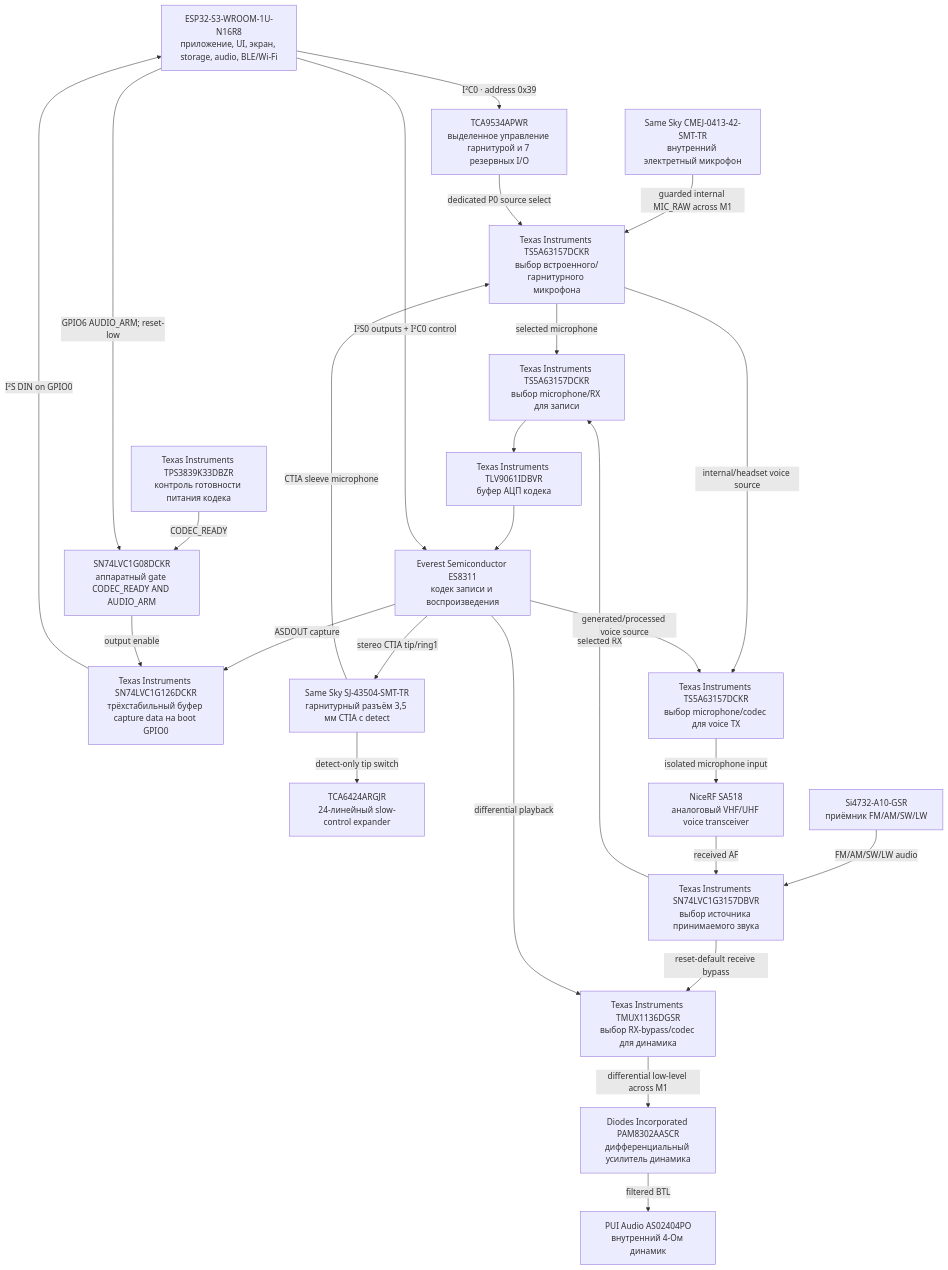
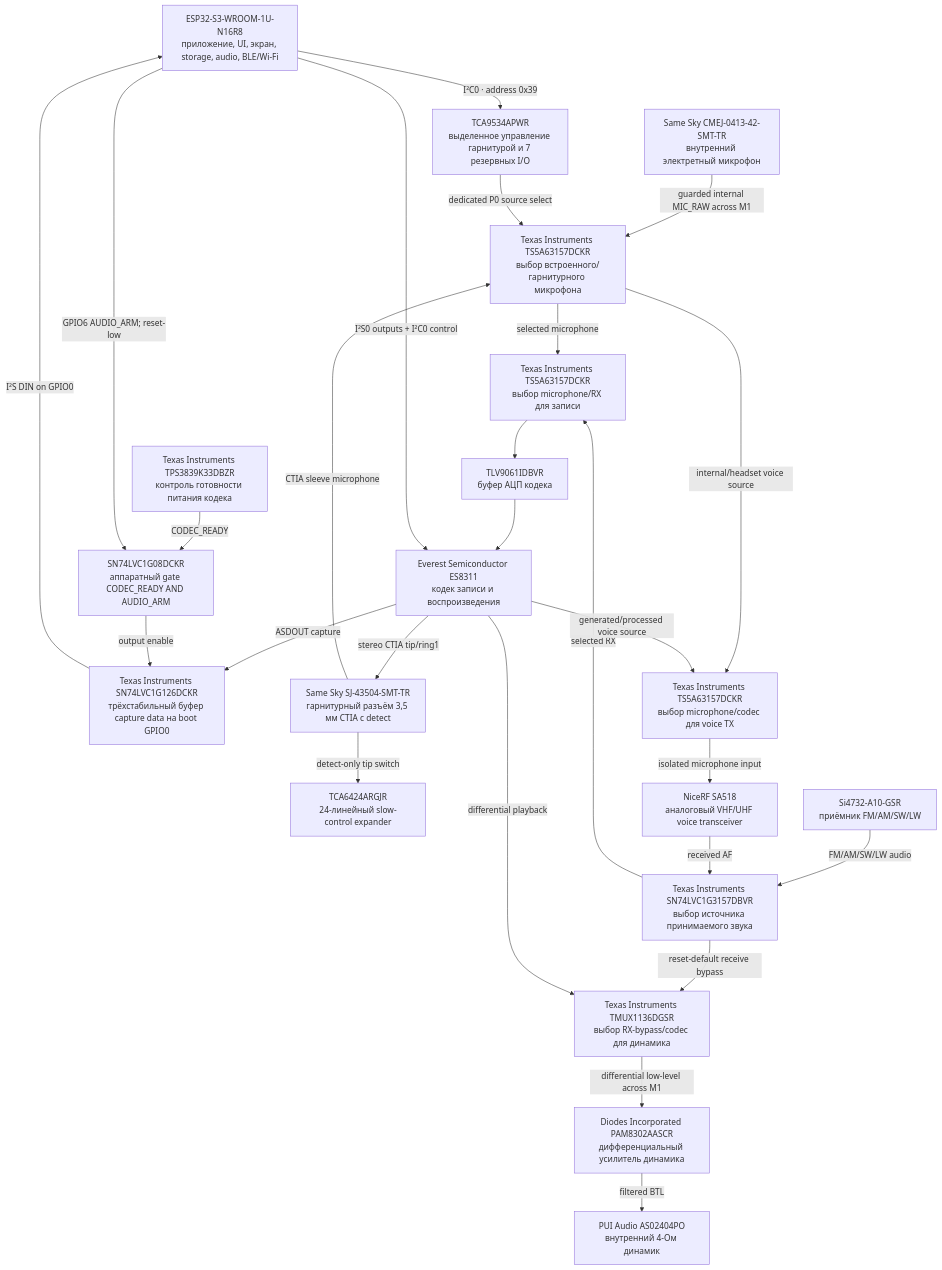
The sixth of 10 diagrams in README.ru.md (anton-vinogradov/esp32-leshy2), drawn with Mermaid before and after one commit. The commit also changed other lines of this file and 39 other files, not shown here.

Commit message:
complete exact H2.2.9 UI TX safety schematic

````diff
--- a/README.ru.md
+++ b/README.ru.md
@@ -302,45 +304,45 @@
 ```mermaid
 flowchart TD
 S3["ESP32-S3-WROOM-1U-N16R8<br/>приложение, UI, экран, storage, audio, BLE/Wi-Fi"]
 SLOW_IO["TCA6424ARGJR<br/>24-линейный slow-control expander"]
 RECEIVER["Si4732-A10-GSR<br/>приёмник FM/AM/SW/LW"]
 VOICE["NiceRF SA518<br/>аналоговый VHF/UHF voice transceiver"]
 MICROPHONE["Same Sky CMEJ-0413-42-SMT-TR<br/>внутренний электретный микрофон"]
 HEADSET_CONTROL_IO["TCA9534APWR<br/>выделенное управление гарнитурой и 7 резервных I/O"]
 HEADSET_MIC_SELECTOR["Texas Instruments TS5A63157DCKR<br/>выбор встроенного/гарнитурного микрофона"]
 AUDIO_RX_MUX["Texas Instruments SN74LVC1G3157DBVR<br/>выбор источника принимаемого звука"]
 AUDIO_CAPTURE_SELECTOR["Texas Instruments TS5A63157DCKR<br/>выбор microphone/RX для записи"]
-AUDIO_CAPTURE_BUFFER["Texas Instruments TLV9061IDBVR<br/>буфер АЦП кодека"]
+AUDIO_CAPTURE_BUFFER["TLV9061IDBVR<br/>буфер АЦП кодека"]
 CODEC["Everest Semiconductor ES8311<br/>кодек записи и воспроизведения"]
 CODEC_SUPERVISOR["Texas Instruments TPS3839K33DBZR<br/>контроль готовности питания кодека"]
 CODEC_I2S_DIN_BOOT_GATE["SN74LVC1G08DCKR<br/>аппаратный gate CODEC_READY AND AUDIO_ARM"]
 CODEC_I2S_DIN_ISO["Texas Instruments SN74LVC1G126DCKR<br/>трёхстабильный буфер capture data на boot GPIO0"]
 AUDIO_SPEAKER_SELECTOR["Texas Instruments TMUX1136DGSR<br/>выбор RX-bypass/codec для динамика"]
 AUDIO_TX_SELECTOR["Texas Instruments TS5A63157DCKR<br/>выбор microphone/codec для voice TX"]
 SPEAKER_AMP["Diodes Incorporated PAM8302AASCR<br/>дифференциальный усилитель динамика"]
 SPEAKER["PUI Audio AS02404PO<br/>внутренний 4-Ом динамик"]
 HEADPHONE_JACK["Same Sky SJ-43504-SMT-TR<br/>гарнитурный разъём 3,5 мм CTIA с detect"]
   RECEIVER -->|"FM/AM/SW/LW audio"| AUDIO_RX_MUX
   VOICE -->|"received AF"| AUDIO_RX_MUX
   AUDIO_RX_MUX -->|"selected RX"| AUDIO_CAPTURE_SELECTOR
   MICROPHONE -->|"guarded internal MIC_RAW across M1"| HEADSET_MIC_SELECTOR
   HEADPHONE_JACK -->|"CTIA sleeve microphone"| HEADSET_MIC_SELECTOR
   HEADPHONE_JACK -->|"detect-only tip switch"| SLOW_IO
   S3 -->|"I²C0 · address 0x39"| HEADSET_CONTROL_IO
   HEADSET_CONTROL_IO -->|"dedicated P0 source select"| HEADSET_MIC_SELECTOR
   HEADSET_MIC_SELECTOR -->|"selected microphone"| AUDIO_CAPTURE_SELECTOR
   AUDIO_CAPTURE_SELECTOR --> AUDIO_CAPTURE_BUFFER --> CODEC
   S3 -->|"I²S0 outputs + I²C0 control"| CODEC
   CODEC -->|"ASDOUT capture"| CODEC_I2S_DIN_ISO -->|"I²S DIN on GPIO0"| S3
   CODEC_SUPERVISOR -->|"CODEC_READY"| CODEC_I2S_DIN_BOOT_GATE
   S3 -->|"GPIO6 AUDIO_ARM; reset-low"| CODEC_I2S_DIN_BOOT_GATE
   CODEC_I2S_DIN_BOOT_GATE -->|"output enable"| CODEC_I2S_DIN_ISO
   AUDIO_RX_MUX -->|"reset-default receive bypass"| AUDIO_SPEAKER_SELECTOR
   CODEC -->|"differential playback"| AUDIO_SPEAKER_SELECTOR
   AUDIO_SPEAKER_SELECTOR -->|"differential low-level across M1"| SPEAKER_AMP
   SPEAKER_AMP -->|"filtered BTL"| SPEAKER
   CODEC -->|"stereo CTIA tip/ring1"| HEADPHONE_JACK
   HEADSET_MIC_SELECTOR -->|"internal/headset voice source"| AUDIO_TX_SELECTOR
   CODEC -->|"generated/processed voice source"| AUDIO_TX_SELECTOR
   AUDIO_TX_SELECTOR -->|"isolated microphone input"| VOICE
 ```
````
